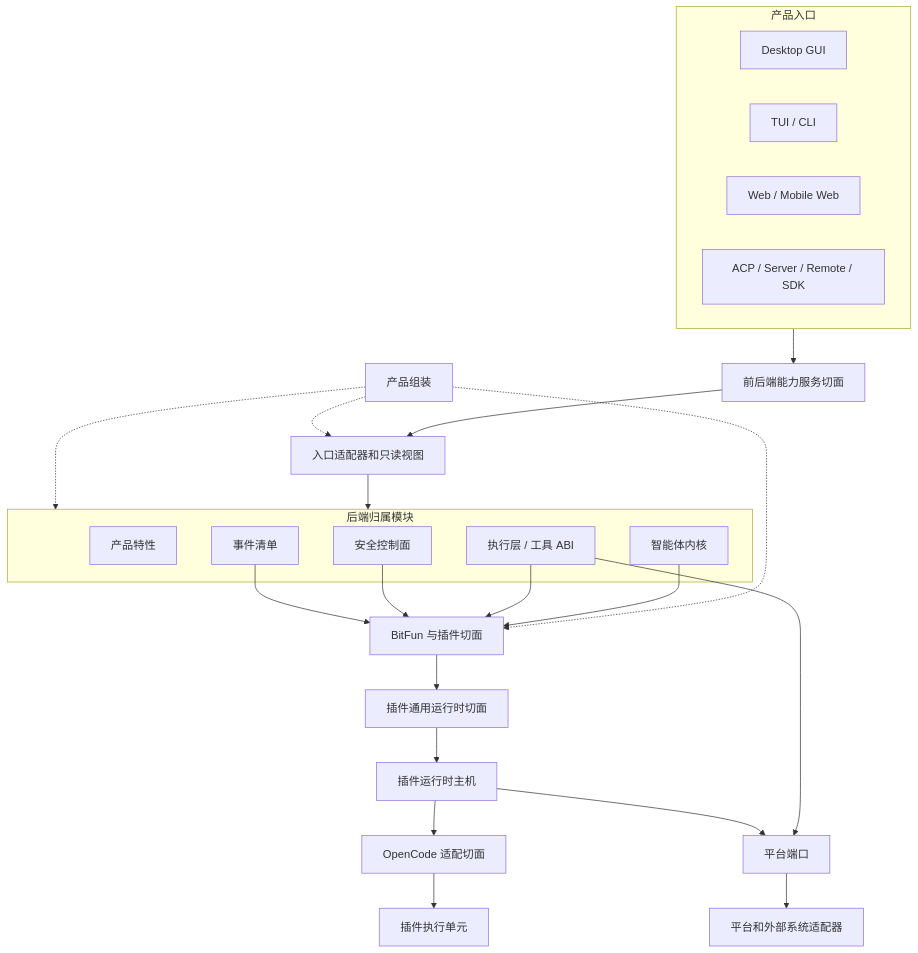
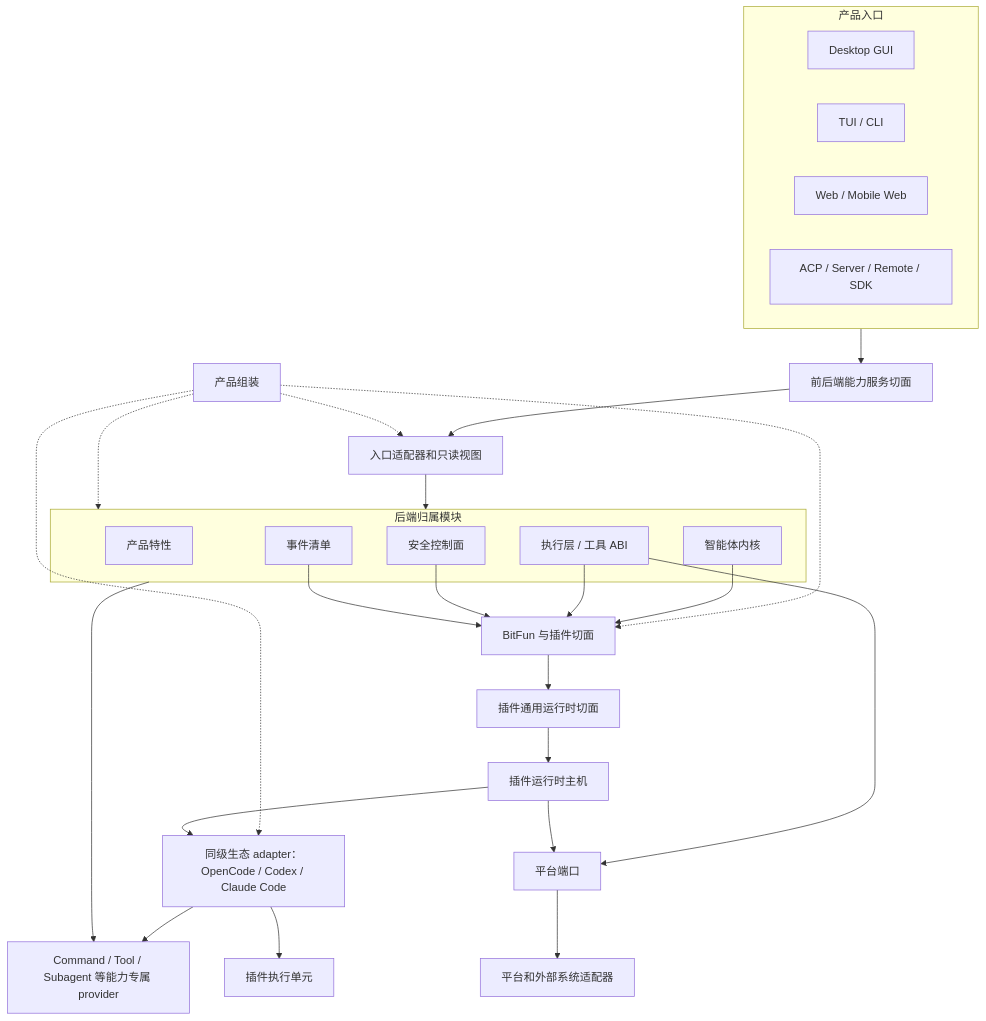
One commit to 1688mengdie/BitFun changed the first of 2 diagrams in docs/architecture/product-architecture.md. Above: the diagram before and after it, drawn with Mermaid. The commit also changed other lines of this file and 62 other files, not shown here.

Commit message:
feat(extensions): add OpenCode prompt command sources

````diff
--- a/docs/architecture/product-architecture.md
+++ b/docs/architecture/product-architecture.md
@@ -153,47 +153,51 @@
 ```mermaid
 flowchart TB
   subgraph Entry["产品入口"]
     Desktop["Desktop GUI"]
     Cli["TUI / CLI"]
     Web["Web / Mobile Web"]
     Protocol["ACP / Server / Remote / SDK"]
   end
 
   CapabilitySurface["前后端能力服务切面"]
   Projection["入口适配器和只读视图"]
   Assembly["产品组装"]
 
   subgraph Owners["后端归属模块"]
     Feature["产品特性"]
     Kernel["智能体内核"]
     Execution["执行层 / 工具 ABI"]
     Security["安全控制面"]
     Events["事件清单"]
   end
 
   Extension["BitFun 与插件切面"]
   HostAbi["插件通用运行时切面"]
   PluginHost["插件运行时主机"]
-  OpenCodeAdapter["OpenCode 适配切面"]
+  ProviderPorts["Command / Tool / Subagent 等能力专属 provider"]
+  EcosystemAdapters["同级生态 adapter：OpenCode / Codex / Claude Code"]
   PluginUnit["插件执行单元"]
   PlatformPorts["平台端口"]
   PlatformAdapters["平台和外部系统适配器"]
 
   Entry --> CapabilitySurface
   CapabilitySurface --> Projection
   Projection --> Owners
   Assembly -.-> Projection
   Assembly -.-> Owners
   Assembly -.-> Extension
   Kernel --> Extension
   Execution --> Extension
   Security --> Extension
   Events --> Extension
   Extension --> HostAbi
   HostAbi --> PluginHost
-  PluginHost --> OpenCodeAdapter
-  OpenCodeAdapter --> PluginUnit
+  Owners --> ProviderPorts
+  Assembly -.-> EcosystemAdapters
+  EcosystemAdapters --> ProviderPorts
+  PluginHost --> EcosystemAdapters
+  EcosystemAdapters --> PluginUnit
   Execution --> PlatformPorts
   PluginHost --> PlatformPorts
   PlatformPorts --> PlatformAdapters
 ```
````
